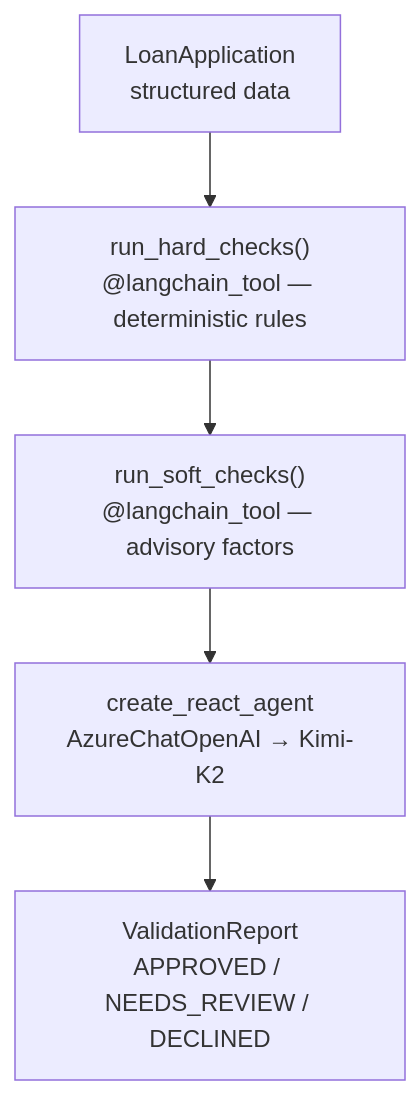
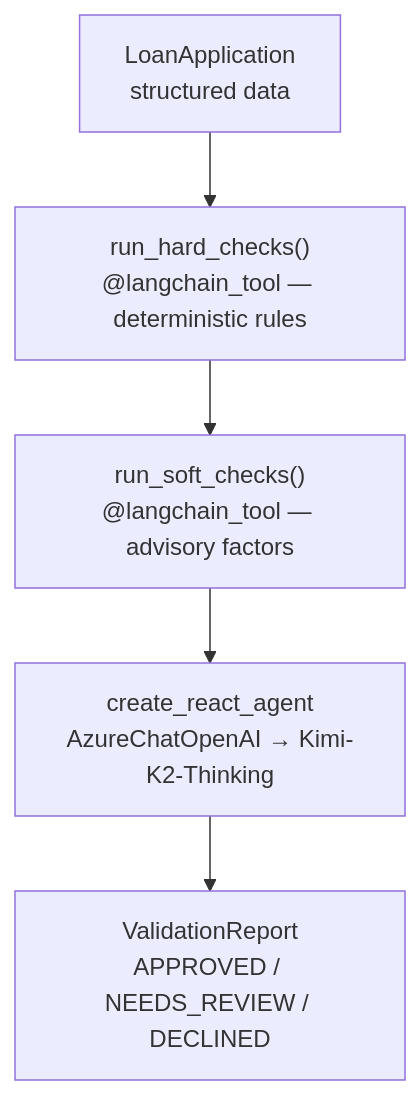
The diagram in a2a/lessons/10-langgraph/README.md (nilayparikh/tuts-agentic-ai-examples), drawn with Mermaid before and after one commit. The commit also changed other lines of this file and 13 other files, not shown here.

First line of the commit message:
Refactor orchestrator to use Kimi-K2-Thinking; remove outdated scripts

````diff
--- a/a2a/lessons/10-langgraph/README.md
+++ b/a2a/lessons/10-langgraph/README.md
@@ -14,8 +14,8 @@
 ```mermaid
 flowchart TD
     Input["LoanApplication<br/>structured data"]
     Input --> Hard["run_hard_checks()<br/>@langchain_tool — deterministic rules"]
     Hard  --> Soft["run_soft_checks()<br/>@langchain_tool — advisory factors"]
-    Soft  --> LLM["create_react_agent<br/>AzureChatOpenAI → Kimi-K2"]
+    Soft  --> LLM["create_react_agent<br/>AzureChatOpenAI → Kimi-K2-Thinking"]
     LLM   --> Out["ValidationReport<br/>APPROVED / NEEDS_REVIEW / DECLINED"]
 ```
````
